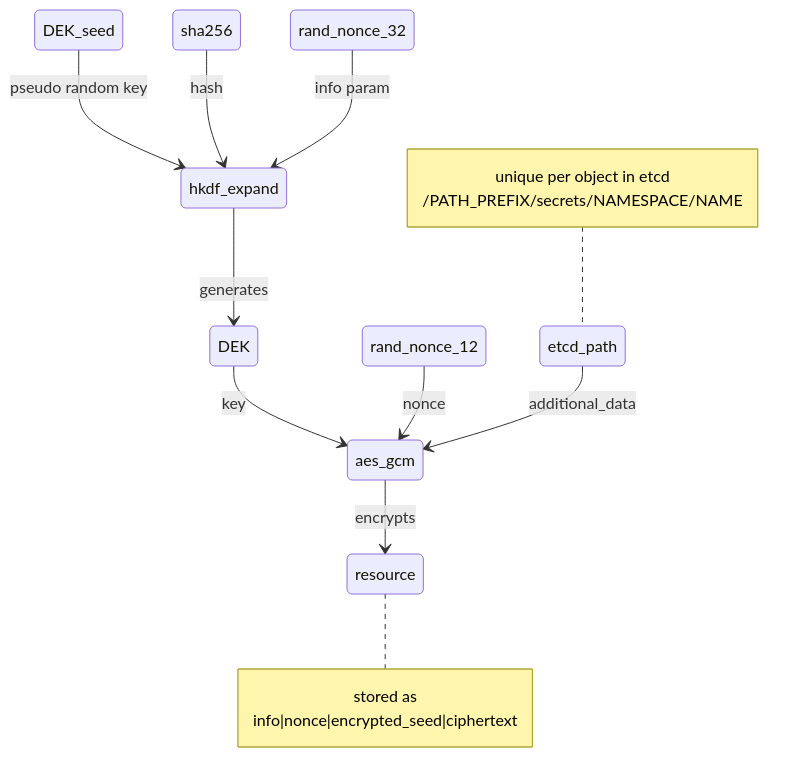
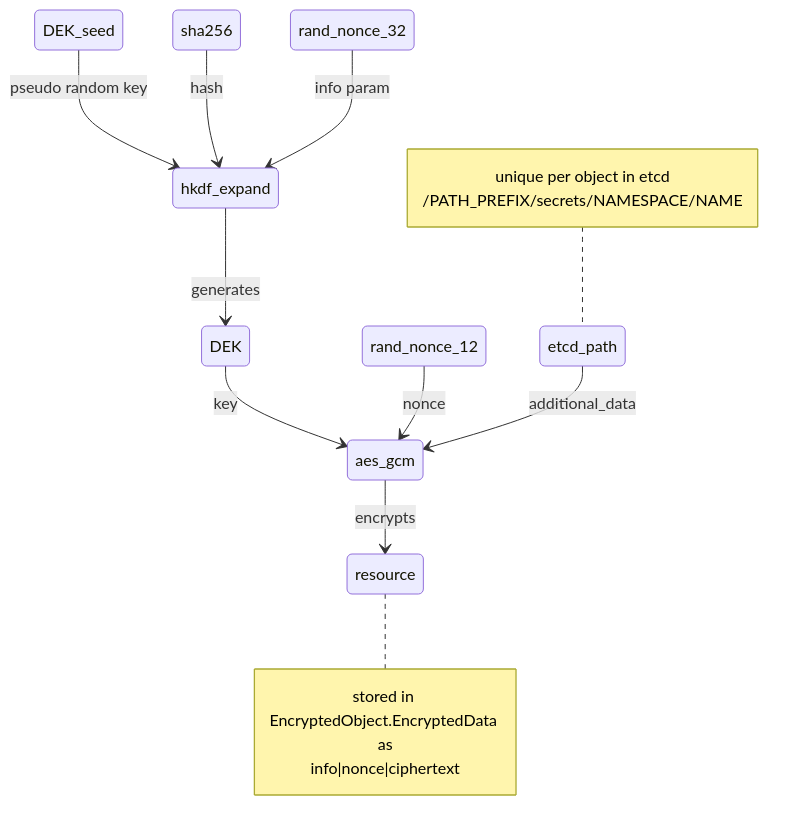
The sixth of 6 diagrams in keps/sig-auth/3299-kms-v2-improvements/README.md (kubernetes/enhancements), drawn with Mermaid before and after one commit. The commit also changed other lines of this file, not shown here.

````diff
--- a/keps/sig-auth/3299-kms-v2-improvements/README.md
+++ b/keps/sig-auth/3299-kms-v2-improvements/README.md
@@ -360,21 +401,21 @@
 ```mermaid
 stateDiagram-v2
 etcd_path
 note left of etcd_path
    unique per object in etcd
    /PATH_PREFIX/secrets/NAMESPACE/NAME
 end note
 resource
 note right of resource
-   stored as
-   info|nonce|encrypted_seed|ciphertext
+   stored in EncryptedObject.EncryptedData as
+   info|nonce|ciphertext
 end note
 DEK_seed --> hkdf_expand: pseudo random key
 sha256 --> hkdf_expand: hash
 rand_nonce_32 --> hkdf_expand: info param
 hkdf_expand --> DEK: generates
 DEK --> aes_gcm: key
 rand_nonce_12 --> aes_gcm: nonce
 etcd_path --> aes_gcm: additional_data
 aes_gcm --> resource: encrypts
 ```
````
